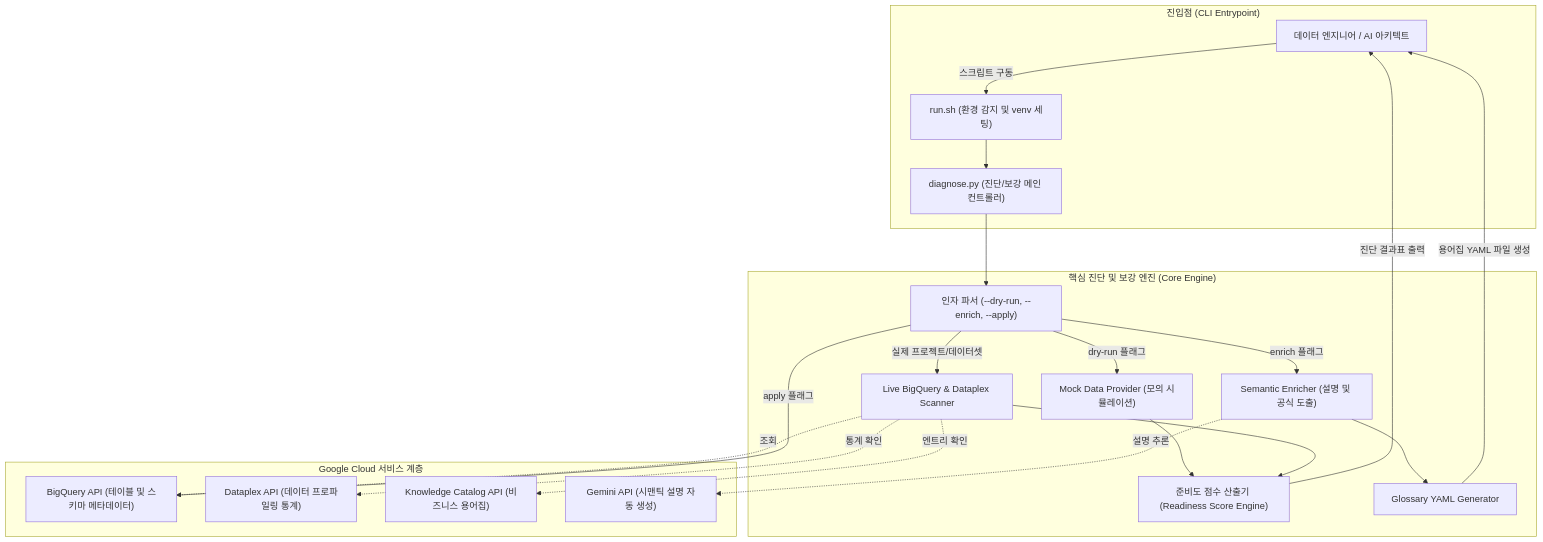
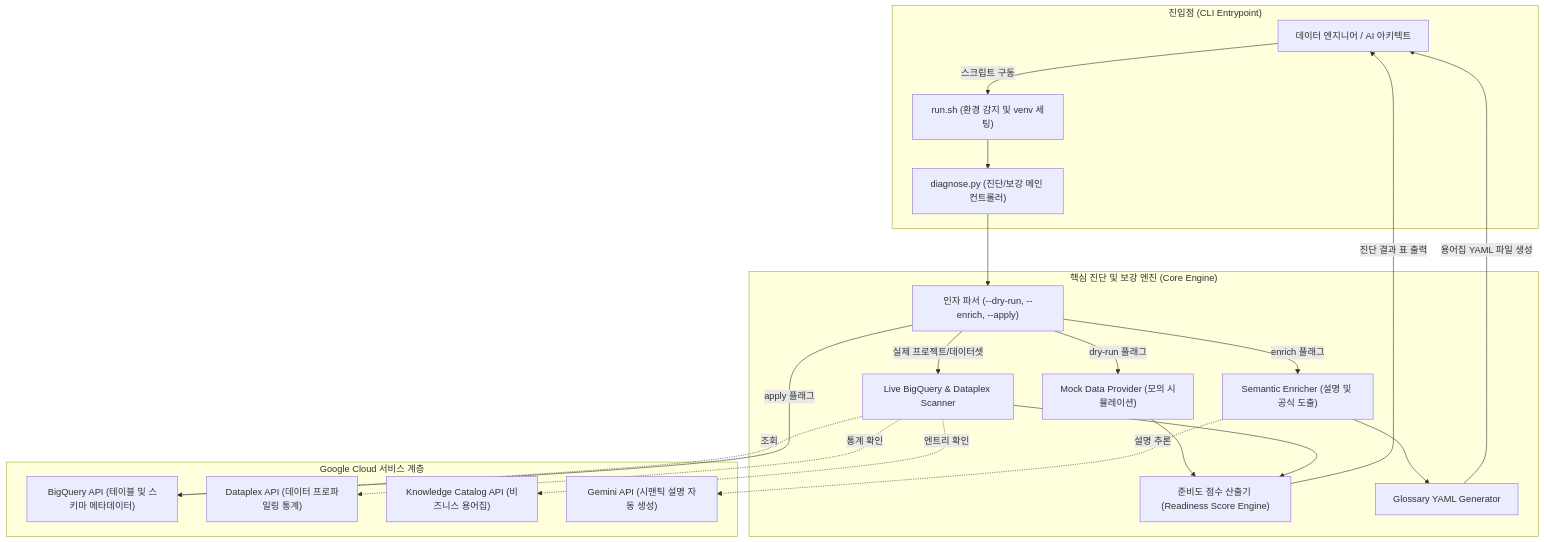
Before and after one commit to jiangjun-forge/google-cloud-0-to-1: the diagram in samples/bigquery-data-agent-semantic-enricher/docs/TDD.md, drawn with Mermaid. The commit also changed other lines of this file and 13 other files, not shown here.

````diff
--- a/samples/bigquery-data-agent-semantic-enricher/docs/TDD.md
+++ b/samples/bigquery-data-agent-semantic-enricher/docs/TDD.md
@@ -33,41 +33,41 @@
 ```mermaid
 flowchart TD
     subgraph CLI_Entry["진입점 (CLI Entrypoint)"]
         User["데이터 엔지니어 / AI 아키텍트"]
         RunSh["run.sh (환경 감지 및 venv 세팅)"]
         DiagnosePy["diagnose.py (진단/보강 메인 컨트롤러)"]
     end
 
     subgraph Core_Engine["핵심 진단 및 보강 엔진 (Core Engine)"]
         ArgParser["인자 파서 (--dry-run, --enrich, --apply)"]
         ScoreEngine["준비도 점수 산출기 (Readiness Score Engine)"]
         MockProvider["Mock Data Provider (모의 시뮬레이션)"]
         LiveScanner["Live BigQuery & Dataplex Scanner"]
         Enricher["Semantic Enricher (설명 및 공식 도출)"]
         YamlGen["Glossary YAML Generator"]
     end
 
     subgraph GCP_Services["Google Cloud 서비스 계층"]
         BQ_Schema["BigQuery API (테이블 및 스키마 메타데이터)"]
         Dataplex_Profile["Dataplex API (데이터 프로파일링 통계)"]
         Knowledge_Catalog["Knowledge Catalog API (비즈니스 용어집)"]
         Gemini_AI["Gemini API (시맨틱 설명 자동 생성)"]
     end
 
     User -->|스크립트 구동| RunSh
     RunSh --> DiagnosePy
     DiagnosePy --> ArgParser
     ArgParser -->|dry-run 플래그| MockProvider
     ArgParser -->|실제 프로젝트/데이터셋| LiveScanner
     LiveScanner -.->|조회| BQ_Schema
     LiveScanner -.->|통계 확인| Dataplex_Profile
     LiveScanner -.->|엔트리 확인| Knowledge_Catalog
     MockProvider --> ScoreEngine
     LiveScanner --> ScoreEngine
-    ScoreEngine -->|진단 결과표 출력| User
+    ScoreEngine -->|진단 결과 표 출력| User
     ArgParser -->|enrich 플래그| Enricher
     Enricher -.->|설명 추론| Gemini_AI
     Enricher --> YamlGen
     YamlGen -->|용어집 YAML 파일 생성| User
     ArgParser -->|apply 플래그| BQ_Schema
 ```
````
